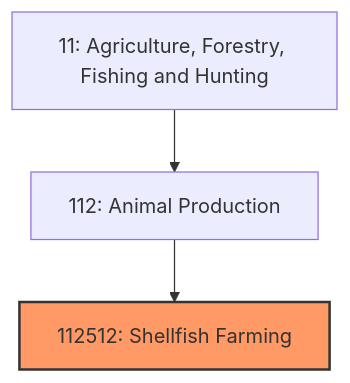
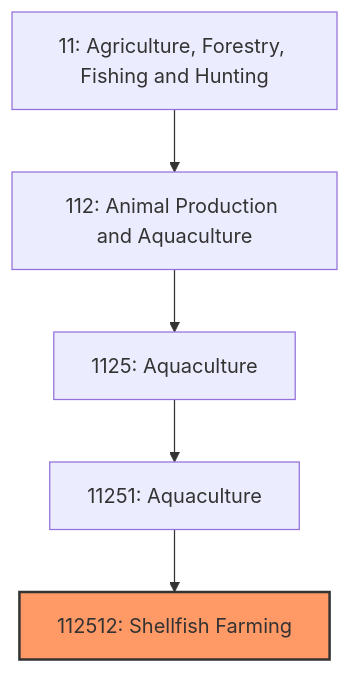
The first of 3 diagrams in industries/Agriculture/Aquaculture/ShellfishFarming.mdx (kziemski/business.org.ai), drawn with Mermaid before and after one commit. The commit also changed other lines of this file and 67 other files, not shown here.

````diff
--- a/industries/Agriculture/Aquaculture/ShellfishFarming.mdx
+++ b/industries/Agriculture/Aquaculture/ShellfishFarming.mdx
@@ -22,7 +34,9 @@
 ```mermaid
 graph TD
     S11["11: Agriculture, Forestry, Fishing and Hunting"]
-    S11 --> N112["112: Animal Production"]
-    N112 --> N112512["112512: Shellfish Farming"]
+    S11 --> N112["112: Animal Production and Aquaculture"]
+    N112 --> N1125["1125: Aquaculture"]
+    N1125 --> N11251["11251: Aquaculture"]
+    N11251 --> N112512["112512: Shellfish Farming"]
     style N112512 fill:#f96,stroke:#333,stroke-width:2px
 ```
````
